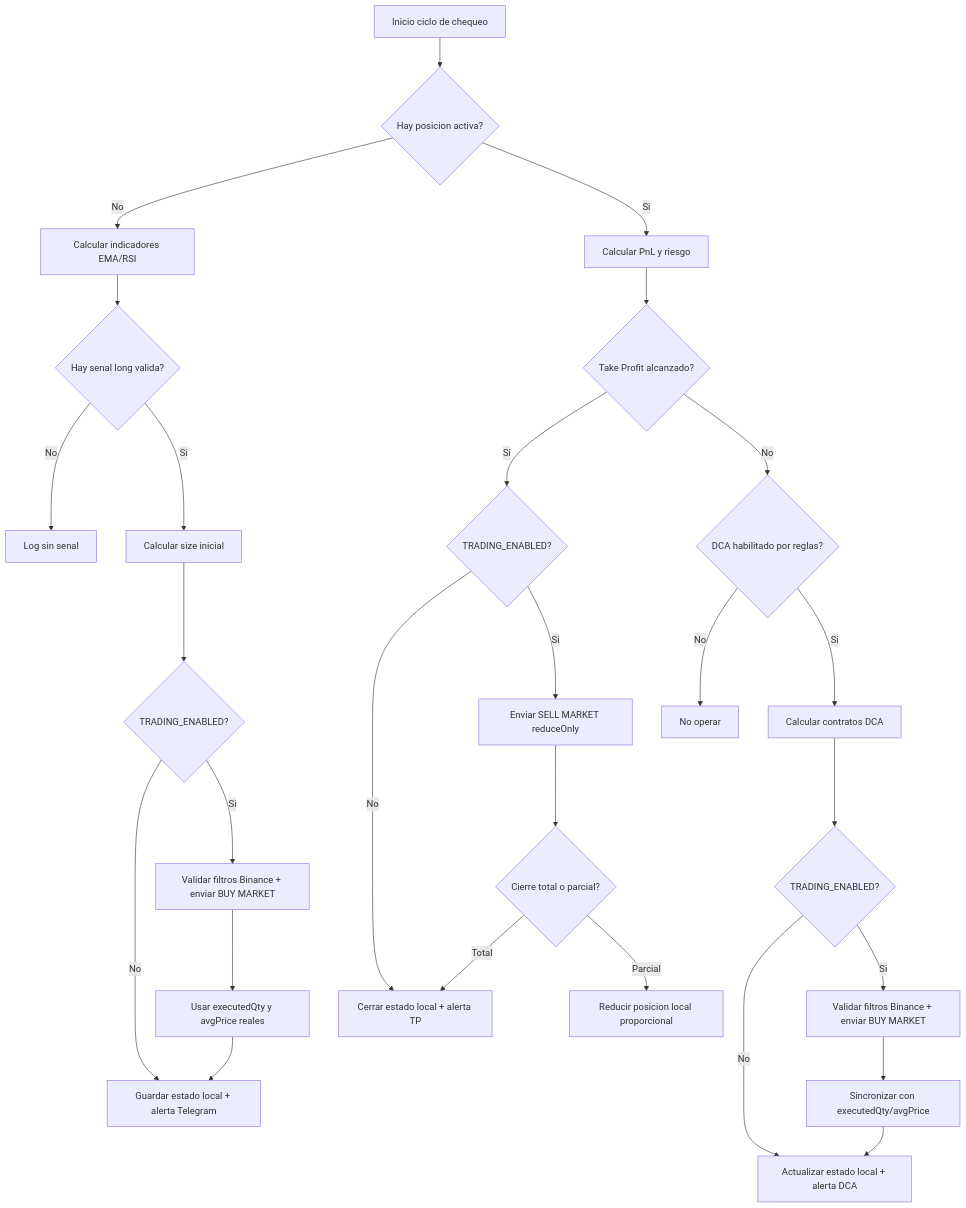
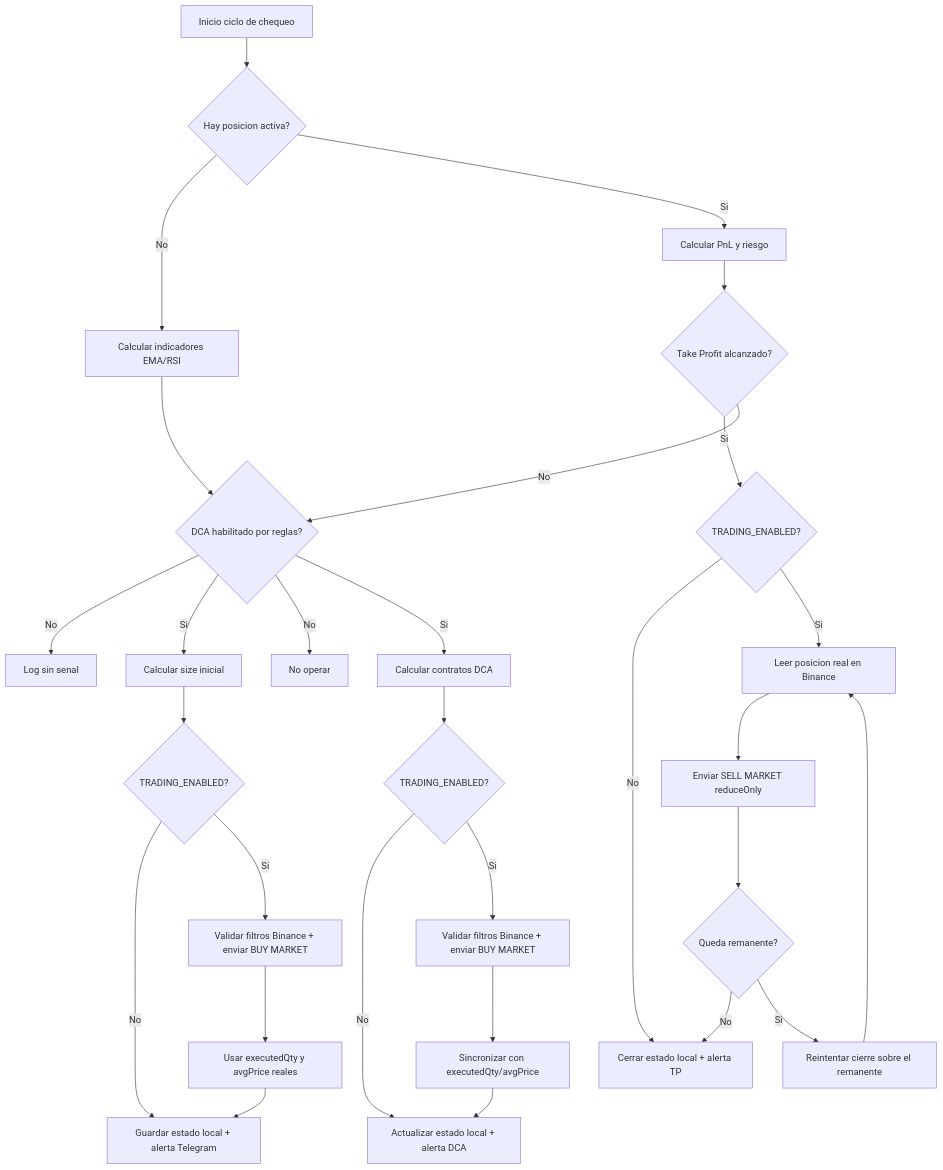
Before and after one commit to marcelofb/botCryptoLongStrategy: the first of 2 diagrams in README.md, drawn with Mermaid. The commit also changed other lines of this file and 2 other files, not shown here.

````diff
--- a/README.md
+++ b/README.md
@@ -48,32 +48,34 @@
 ```mermaid
 flowchart TD
     A[Inicio ciclo de chequeo] --> B{Hay posicion activa?}
 
     B -- No --> C[Calcular indicadores EMA/RSI]
     C --> D{Hay senal long valida?}
     D -- No --> E[Log sin senal]
     D -- Si --> F[Calcular size inicial]
     F --> G{TRADING_ENABLED?}
     G -- No --> H[Guardar estado local + alerta Telegram]
     G -- Si --> I[Validar filtros Binance + enviar BUY MARKET]
     I --> J[Usar executedQty y avgPrice reales]
     J --> H
 
     B -- Si --> K[Calcular PnL y riesgo]
     K --> L{Take Profit alcanzado?}
     L -- Si --> M{TRADING_ENABLED?}
     M -- No --> N[Cerrar estado local + alerta TP]
-    M -- Si --> O[Enviar SELL MARKET reduceOnly]
-    O --> P{Cierre total o parcial?}
-    P -- Total --> N
-    P -- Parcial --> Q[Reducir posicion local proporcional]
+    M -- Si --> O[Leer posicion real en Binance]
+    O --> P[Enviar SELL MARKET reduceOnly]
+    P --> Q{Queda remanente?}
+    Q -- No --> N
+    Q -- Si --> R[Reintentar cierre sobre el remanente]
+    R --> O
 
-    L -- No --> R{DCA habilitado por reglas?}
-    R -- No --> S[No operar]
-    R -- Si --> T[Calcular contratos DCA]
+    L -- No --> D{DCA habilitado por reglas?}
+    D -- No --> S[No operar]
+    D -- Si --> T[Calcular contratos DCA]
     T --> U{TRADING_ENABLED?}
     U -- No --> V[Actualizar estado local + alerta DCA]
     U -- Si --> W[Validar filtros Binance + enviar BUY MARKET]
     W --> X[Sincronizar con executedQty/avgPrice]
     X --> V
 ```
````
